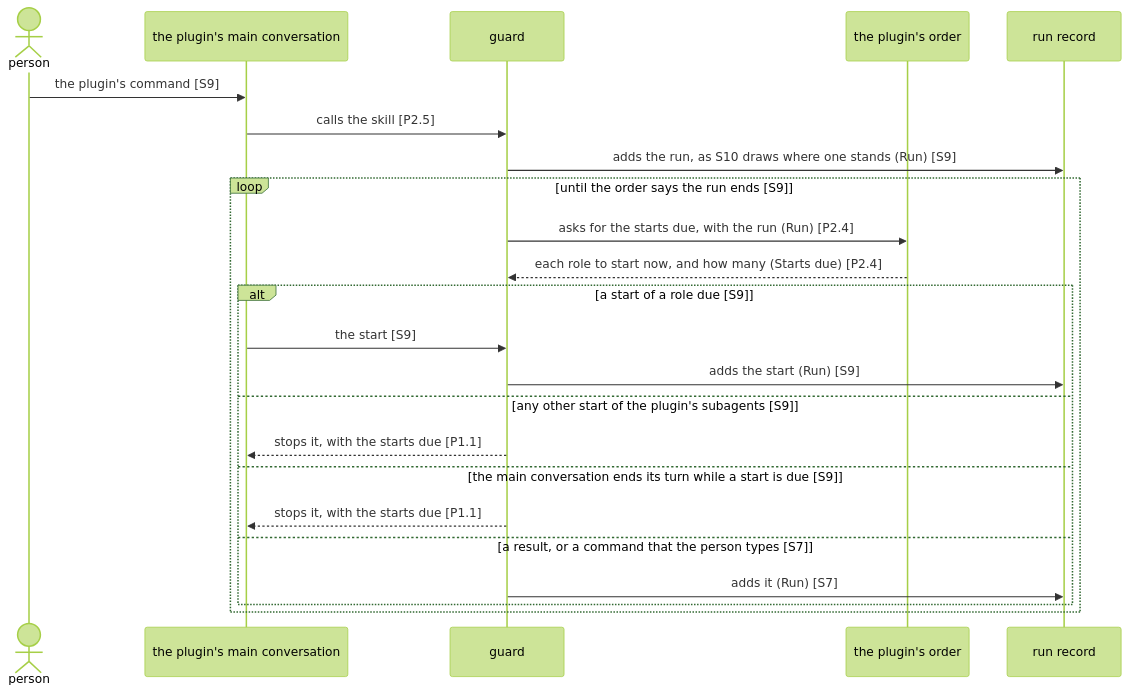
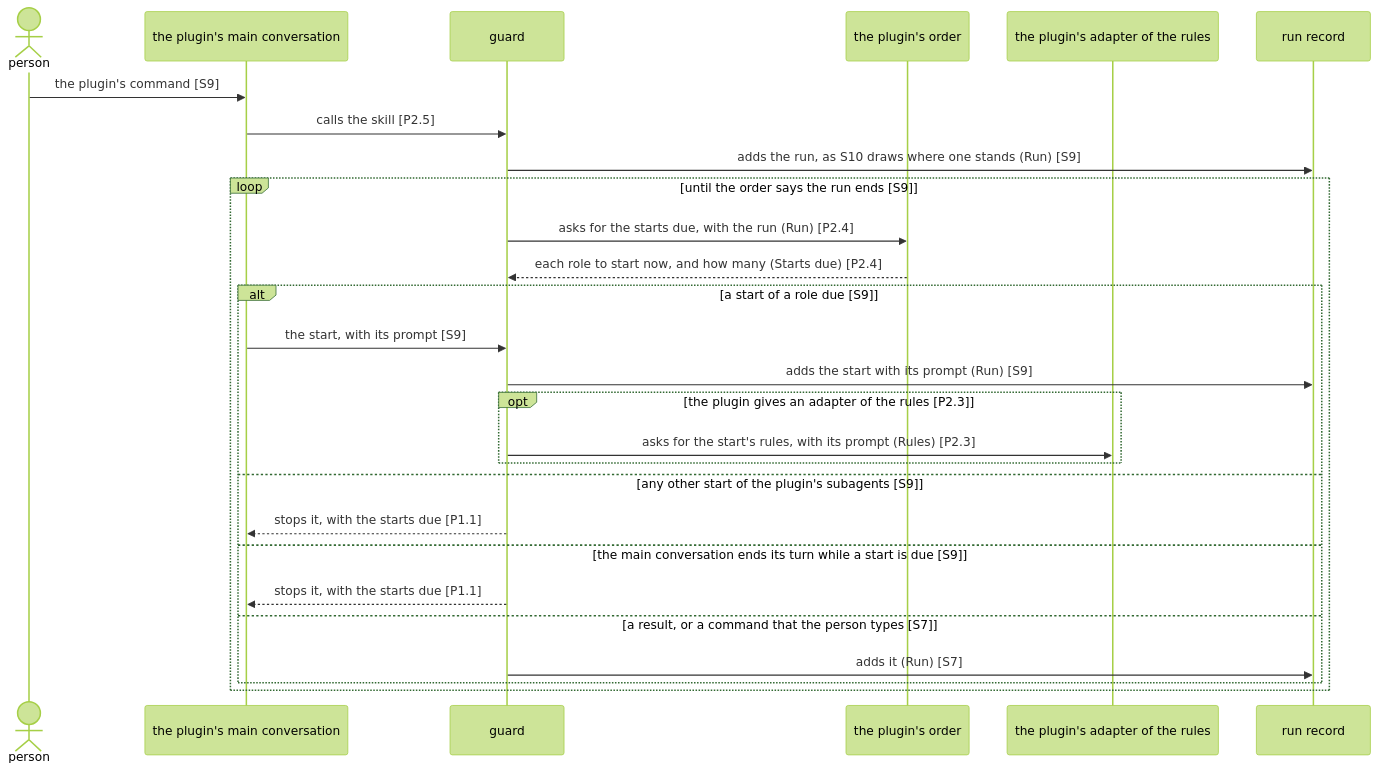
One commit to lovaizu/ccpm changed the first of 2 diagrams in dev/lane/architecture.md. Above: the diagram before and after it, drawn with Mermaid (forest theme). The commit also changed other lines of this file, not shown here.

````diff
--- a/dev/lane/architecture.md
+++ b/dev/lane/architecture.md
@@ -126,25 +137,29 @@
 ```mermaid
 sequenceDiagram
   actor U as person
   participant M as the plugin's main conversation
   participant G as guard
   participant O as the plugin's order
+  participant A as the plugin's adapter of the rules
   participant RR as run record
   U->>M: the plugin's command [S9]
   M->>G: calls the skill [P2.5]
   G->>RR: adds the run, as S10 draws where one stands (Run) [S9]
   loop until the order says the run ends [S9]
     G->>O: asks for the starts due, with the run (Run) [P2.4]
     O-->>G: each role to start now, and how many (Starts due) [P2.4]
     alt a start of a role due [S9]
-      M->>G: the start [S9]
-      G->>RR: adds the start (Run) [S9]
+      M->>G: the start, with its prompt [S9]
+      G->>RR: adds the start with its prompt (Run) [S9]
+      opt the plugin gives an adapter of the rules [P2.3]
+        G->>A: asks for the start's rules, with its prompt (Rules) [P2.3]
+      end
     else any other start of the plugin's subagents [S9]
       G-->>M: stops it, with the starts due [P1.1]
     else the main conversation ends its turn while a start is due [S9]
       G-->>M: stops it, with the starts due [P1.1]
     else a result, or a command that the person types [S7]
       G->>RR: adds it (Run) [S7]
     end
   end
 ```
````
